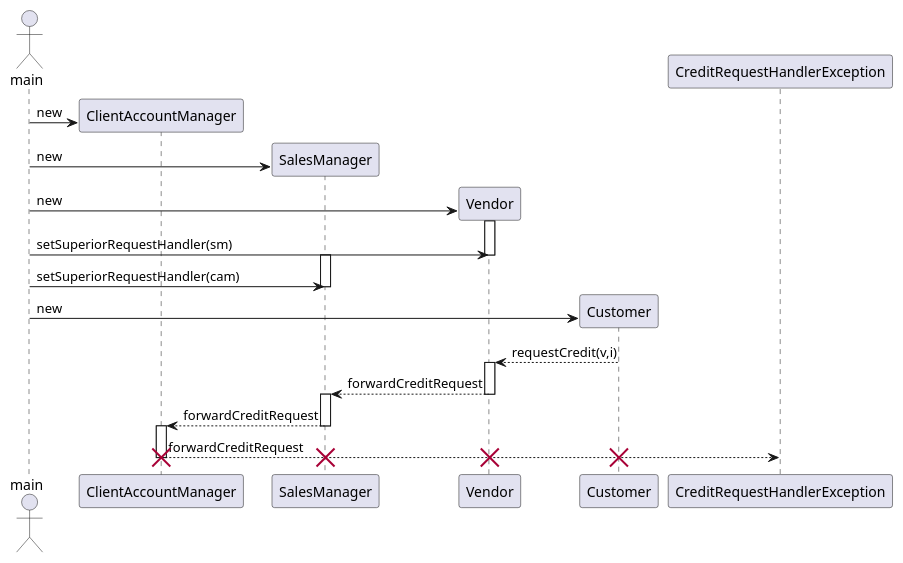
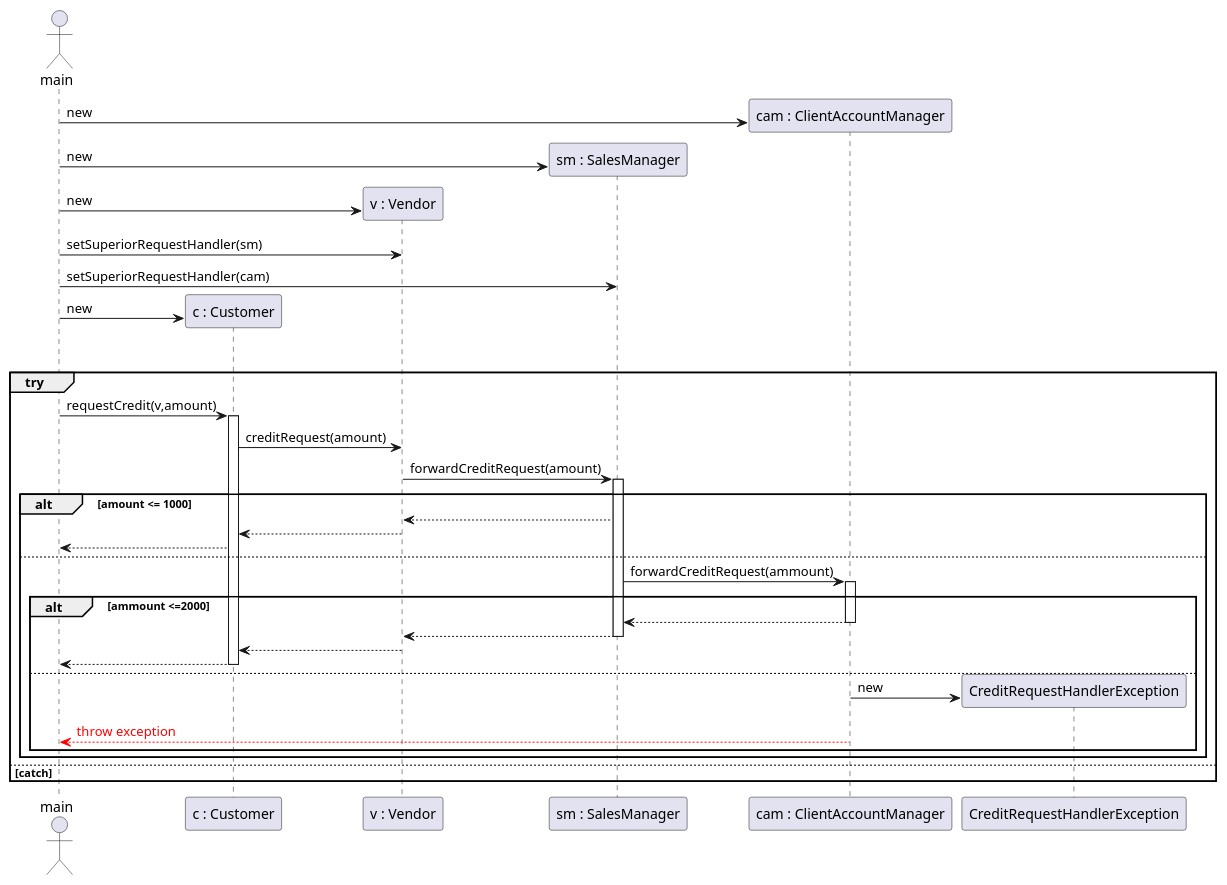
One commit to BeqaKhaburdzania/FreeUni-SDP-2013-Lab-UML changed the diagram in ChainOfResponsibility/uml/SequenceDiagram.puml. Above: the diagram before and after it, drawn with PlantUML.

```diff
--- a/ChainOfResponsibility/uml/SequenceDiagram.puml
+++ b/ChainOfResponsibility/uml/SequenceDiagram.puml
@@ -1,41 +1,60 @@
 @startuml
 	actor main
+	participant "c : Customer" as Customer
+	participant "v : Vendor" as Vendor
+	participant "sm : SalesManager" as SalesManager
+	participant "cam : ClientAccountManager" as ClientAccountManager
 
     create ClientAccountManager
     main -> ClientAccountManager : new
     
     create SalesManager
     main -> SalesManager : new
     
     create Vendor
     main -> Vendor : new
 
-    activate Vendor
     main -> Vendor : setSuperiorRequestHandler(sm)
-    deactivate Vendor
-    
-    activate SalesManager
     main -> SalesManager : setSuperiorRequestHandler(cam)
-	deactivate SalesManager
 	
     create Customer
     main -> Customer : new
     
-	Customer --> Vendor : requestCredit(v,i)
-	deactivate Customer
+    loop amount = 500; amount <=2500; amount += 500
+    	group try
+			main -> Customer : requestCredit(v,amount)
+			activate Customer
+			Customer -> Vendor : creditRequest(amount)
+			Vendor -> SalesManager : forwardCreditRequest(amount)
+			activate SalesManager
+			alt amount <= 1000
+				SalesManager --> Vendor
+	   			Vendor --> Customer
+	   			Customer --> main
+			else
+		    	SalesManager -> ClientAccountManager : forwardCreditRequest(ammount)
+		   		activate ClientAccountManager
+		   		alt ammount <=2000
+		   			ClientAccountManager-->SalesManager
+		   			deactivate ClientAccountManager
+		   			SalesManager --> Vendor
+		   			deactivate SalesManager
+		   			Vendor --> Customer
+		   			deactivate Vendor
+		   			Customer --> main
+		   			deactivate Customer
+		   			
+		    		
+		    		deactivate Customer
+		   		 else
+		   		    create CreditRequestHandlerException
+		    		ClientAccountManager -> CreditRequestHandlerException : new
+		    		ClientAccountManager --[#Red]> main : <font color=red>throw exception</font>
+		    	end
+	    	end
+		   
+		else catch
+				   
+	end    
 	
-	activate Vendor
-	Vendor --> SalesManager : forwardCreditRequest
-	deactivate Vendor
-	activate SalesManager
-    SalesManager --> ClientAccountManager : forwardCreditRequest
-    deactivate SalesManager
-    activate ClientAccountManager
-    ClientAccountManager --> CreditRequestHandlerException : forwardCreditRequest
-    deactivate ClientAccountManager
-    
-    destroy Customer
-    destroy Vendor
-	destroy SalesManager
-    destroy ClientAccountManager
 @enduml
```
